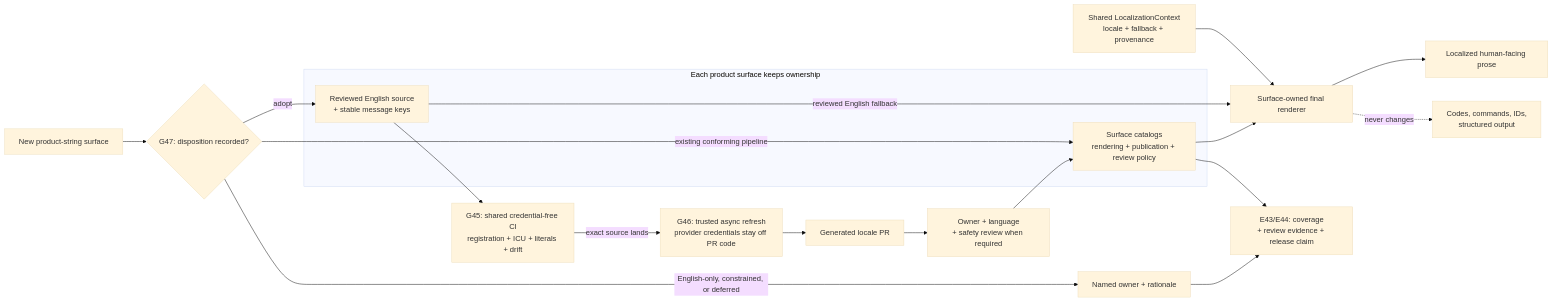
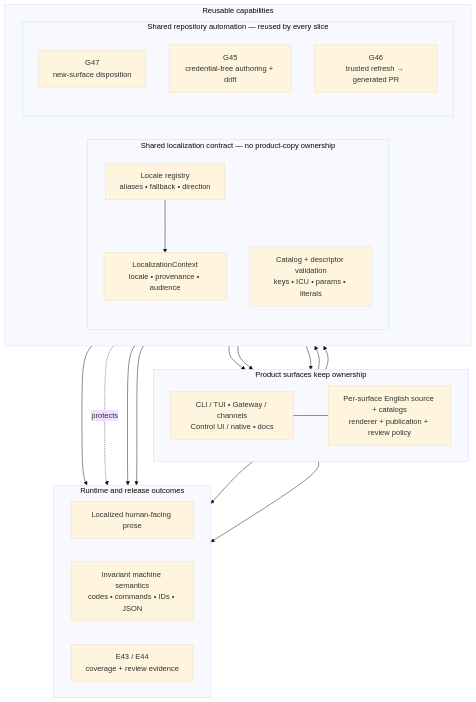
Before and after one commit to openclaw/rfcs: the diagram in rfcs/0024-localization-runtime-and-coverage.md, drawn with Mermaid (base theme).

Commit message:
docs(localization): restructure system diagram

````diff
--- a/rfcs/0024-localization-runtime-and-coverage.md
+++ b/rfcs/0024-localization-runtime-and-coverage.md
@@ -48,27 +48,46 @@
 ```mermaid
-flowchart LR
-  NEW["New product-string surface"] --> G47{"G47: disposition recorded?"}
-  G47 -->|adopt| EN
-  G47 -->|existing conforming pipeline| OWN
-  G47 -->|English-only, constrained, or deferred| DISP["Named owner + rationale"]
-
-  subgraph SURFACE["Each product surface keeps ownership"]
-    EN["Reviewed English source<br/>+ stable message keys"]
-    OWN["Surface catalogs<br/>rendering + publication + review policy"]
+flowchart TB
+  subgraph OWNERS["Product surfaces keep ownership"]
+    direction LR
+    SURFACES["CLI / TUI • Gateway / channels<br/>Control UI / native • docs"]
+    ASSETS["Per-surface English source + catalogs<br/>renderer + publication + review policy"]
+    SURFACES --- ASSETS
   end
 
-  EN --> G45["G45: shared credential-free CI<br/>registration + ICU + literals + drift"]
-  G45 -->|exact source lands| G46["G46: trusted async refresh<br/>provider credentials stay off PR code"]
-  G46 --> GPR["Generated locale PR"]
-  GPR --> REVIEW["Owner + language<br/>+ safety review when required"]
-  REVIEW --> OWN
+  subgraph CAPABILITIES["Reusable capabilities"]
+    direction LR
+    subgraph CONTRACT["Shared localization contract — no product-copy ownership"]
+      direction TB
+      REGISTRY["Locale registry<br/>aliases • fallback • direction"]
+      CONTEXT["LocalizationContext<br/>locale • provenance • audience"]
+      VALIDATION["Catalog + descriptor validation<br/>keys • ICU • params • literals"]
+      REGISTRY --> CONTEXT
+    end
 
-  CTX["Shared LocalizationContext<br/>locale + fallback + provenance"] --> RENDER["Surface-owned final renderer"]
-  EN -->|reviewed English fallback| RENDER
-  OWN --> RENDER
-  RENDER --> USER["Localized human-facing prose"]
-  RENDER -. never changes .-> MACHINE["Codes, commands, IDs,<br/>structured output"]
+    subgraph AUTOMATION["Shared repository automation — reused by every slice"]
+      direction TB
+      G47["G47<br/>new-surface disposition"]
+      G45["G45<br/>credential-free authoring + drift"]
+      G46["G46<br/>trusted refresh → generated PR"]
+    end
+  end
 
-  OWN --> EVIDENCE["E43/E44: coverage<br/>+ review evidence + release claim"]
-  DISP --> EVIDENCE
+  subgraph OUTCOMES["Runtime and release outcomes"]
+    direction LR
+    HUMAN["Localized human-facing prose"]
+    MACHINE["Invariant machine semantics<br/>codes • commands • IDs • JSON"]
+    EVIDENCE["E43 / E44<br/>coverage + review evidence"]
+  end
+
+  CONTEXT --> ASSETS
+  VALIDATION --> ASSETS
+  ASSETS --> G47
+  ASSETS --> G45
+  G46 --> ASSETS
+  ASSETS --> HUMAN
+  CONTEXT --> HUMAN
+  VALIDATION -. protects .-> MACHINE
+  ASSETS --> EVIDENCE
+  G47 --> EVIDENCE
+  G46 --> EVIDENCE
 ```
````
